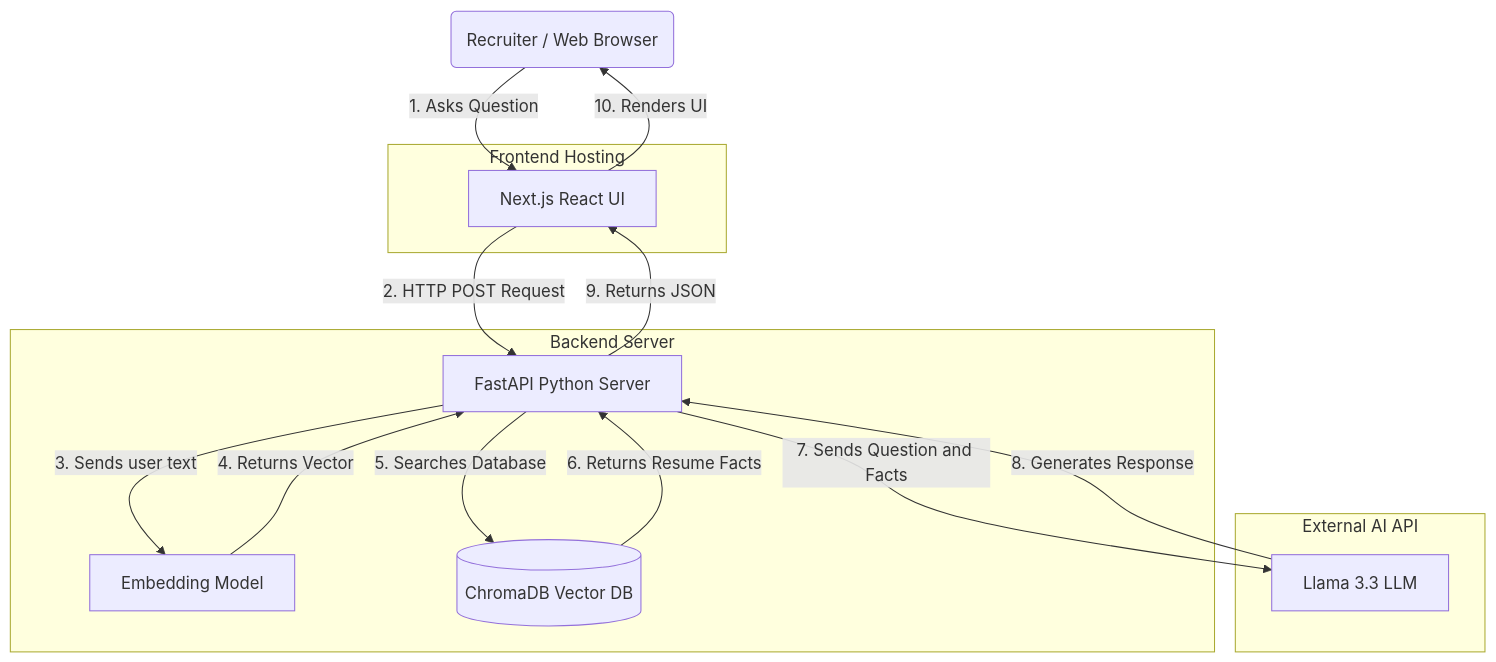
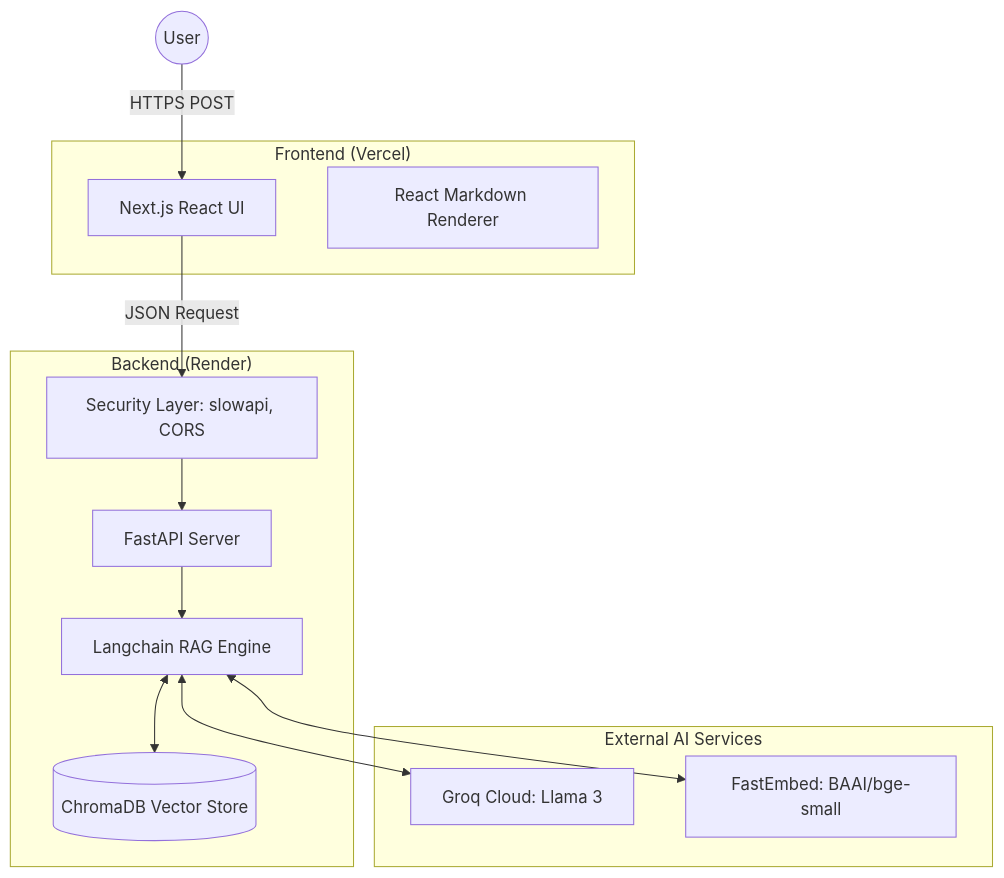
The first of 3 diagrams in README.md (msalmansaeedch786/digital-twin), drawn with Mermaid before and after one commit. The commit also changed other lines of this file, not shown here.

Commit message:
docs: Add high-quality open source README with architecture and sequence diagrams

````diff
--- a/README.md
+++ b/README.md
@@ -55,29 +25,27 @@
 ```mermaid
-flowchart TD
-    User(Recruiter / Web Browser)
-    
-    subgraph Vercel [Frontend Hosting]
+graph TD
+    subgraph "Frontend (Vercel)"
         UI[Next.js React UI]
-    end
-    
-    subgraph Render [Backend Server]
-        API[FastAPI Python Server]
-        EmbedModel[Embedding Model]
-        DB[(ChromaDB Vector DB)]
-    end
-    
-    subgraph GroqCloud [External AI API]
-        LLM[Llama 3.3 LLM]
+        MD[React Markdown Renderer]
     end
 
-    User -->|1. Asks Question| UI
-    UI -->|2. HTTP POST Request| API
-    API -->|3. Sends user text| EmbedModel
-    EmbedModel -->|4. Returns Vector| API
-    API -->|5. Searches Database| DB
-    DB -->|6. Returns Resume Facts| API
-    API -->|7. Sends Question and Facts| LLM
-    LLM -->|8. Generates Response| API
-    API -->|9. Returns JSON| UI
-    UI -->|10. Renders UI| User
+    subgraph "Backend (Render)"
+        API[FastAPI Server]
+        RAG[Langchain RAG Engine]
+        DB[(ChromaDB Vector Store)]
+        SEC[Security Layer: slowapi, CORS]
+    end
+
+    subgraph "External AI Services"
+        GROQ[Groq Cloud: Llama 3]
+        EMB[FastEmbed: BAAI/bge-small]
+    end
+
+    User((User)) -->|HTTPS POST| UI
+    UI -->|JSON Request| SEC
+    SEC --> API
+    API --> RAG
+    RAG <--> DB
+    RAG <--> GROQ
+    RAG <--> EMB
 ```
````
